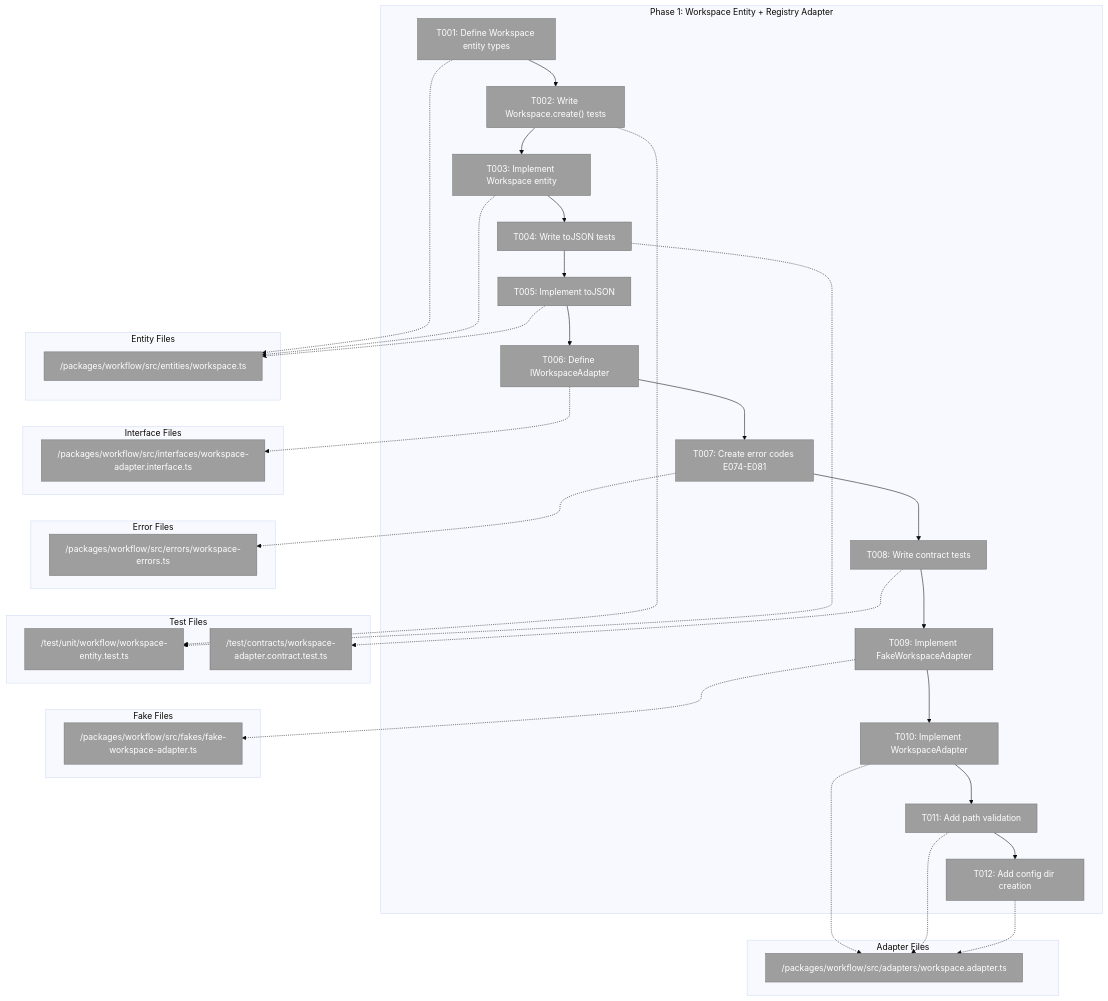
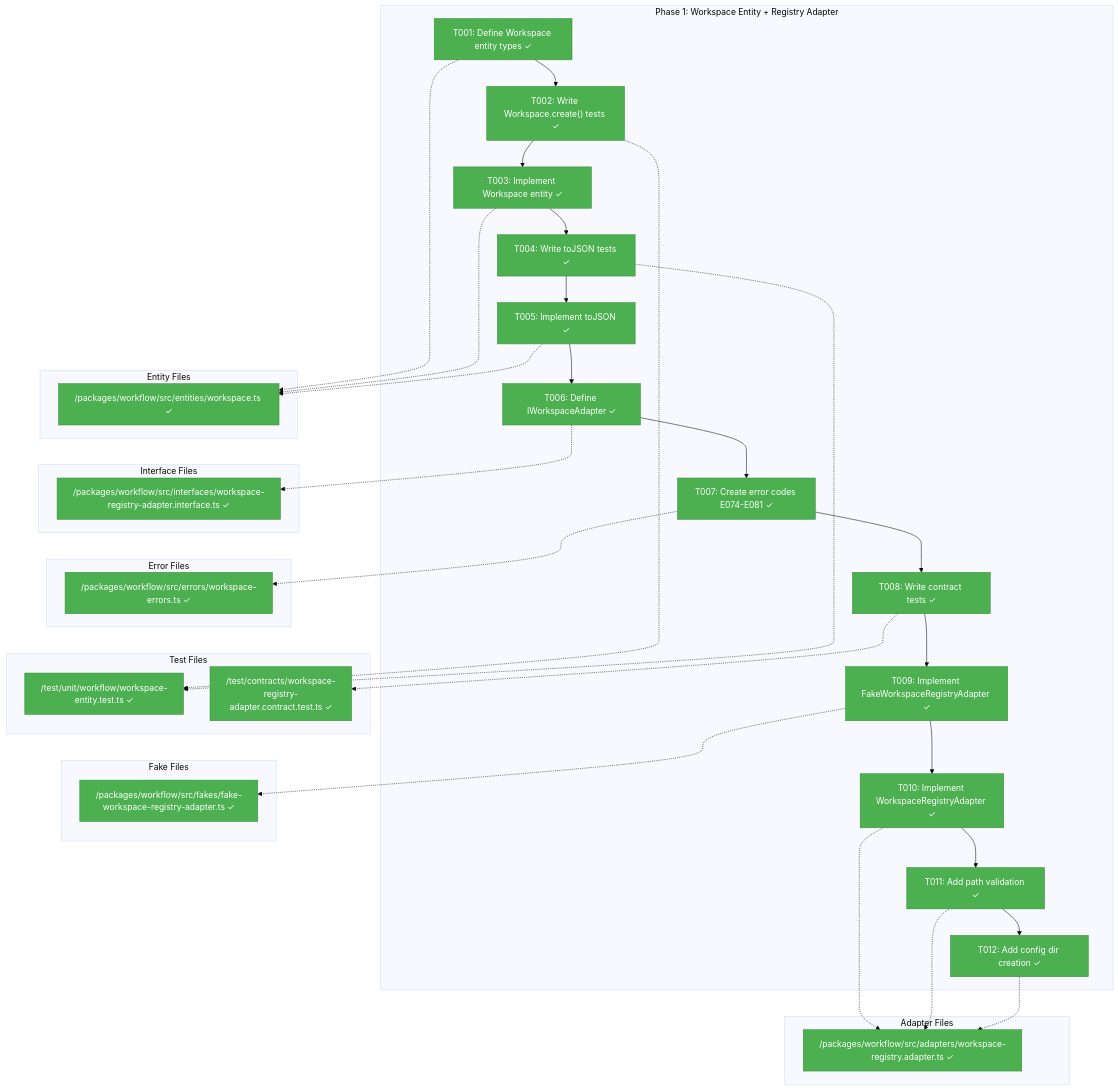
The first of 3 diagrams in docs/plans/014-workspaces/tasks/phase-1-workspace-entity-registry-adapter-contract-tests/tasks.md (AI-Substrate/chainglass), drawn with Mermaid (base theme) before and after one commit. The commit also changed other lines of this file and 18 other files, not shown here.

First line of the commit message:
feat(workspace): Implement Phase 1 - Workspace Entity + Registry Adapter

````diff
--- a/docs/plans/014-workspaces/tasks/phase-1-workspace-entity-registry-adapter-contract-tests/tasks.md
+++ b/docs/plans/014-workspaces/tasks/phase-1-workspace-entity-registry-adapter-contract-tests/tasks.md
@@ -81,72 +81,72 @@
 ```mermaid
 flowchart TD
     classDef pending fill:#9E9E9E,stroke:#757575,color:#fff
     classDef inprogress fill:#FF9800,stroke:#F57C00,color:#fff
     classDef completed fill:#4CAF50,stroke:#388E3C,color:#fff
     classDef blocked fill:#F44336,stroke:#D32F2F,color:#fff
 
     subgraph Phase1["Phase 1: Workspace Entity + Registry Adapter"]
-        T001["T001: Define Workspace entity types"]:::pending
-        T002["T002: Write Workspace.create() tests"]:::pending
-        T003["T003: Implement Workspace entity"]:::pending
-        T004["T004: Write toJSON tests"]:::pending
-        T005["T005: Implement toJSON"]:::pending
-        T006["T006: Define IWorkspaceAdapter"]:::pending
-        T007["T007: Create error codes E074-E081"]:::pending
-        T008["T008: Write contract tests"]:::pending
-        T009["T009: Implement FakeWorkspaceAdapter"]:::pending
-        T010["T010: Implement WorkspaceAdapter"]:::pending
-        T011["T011: Add path validation"]:::pending
-        T012["T012: Add config dir creation"]:::pending
+        T001["T001: Define Workspace entity types ✓"]:::completed
+        T002["T002: Write Workspace.create() tests ✓"]:::completed
+        T003["T003: Implement Workspace entity ✓"]:::completed
+        T004["T004: Write toJSON tests ✓"]:::completed
+        T005["T005: Implement toJSON ✓"]:::completed
+        T006["T006: Define IWorkspaceAdapter ✓"]:::completed
+        T007["T007: Create error codes E074-E081 ✓"]:::completed
+        T008["T008: Write contract tests ✓"]:::completed
+        T009["T009: Implement FakeWorkspaceRegistryAdapter ✓"]:::completed
+        T010["T010: Implement WorkspaceRegistryAdapter ✓"]:::completed
+        T011["T011: Add path validation ✓"]:::completed
+        T012["T012: Add config dir creation ✓"]:::completed
 
         T001 --> T002
         T002 --> T003
         T003 --> T004
         T004 --> T005
         T005 --> T006
         T006 --> T007
         T007 --> T008
         T008 --> T009
         T009 --> T010
         T010 --> T011
         T011 --> T012
     end
 
     subgraph Entities["Entity Files"]
-        E1["/packages/workflow/src/entities/workspace.ts"]:::pending
+        E1["/packages/workflow/src/entities/workspace.ts ✓"]:::completed
     end
 
     subgraph Interfaces["Interface Files"]
-        I1["/packages/workflow/src/interfaces/workspace-adapter.interface.ts"]:::pending
+        I1["/packages/workflow/src/interfaces/workspace-registry-adapter.interface.ts ✓"]:::completed
     end
 
     subgraph Errors["Error Files"]
-        ER1["/packages/workflow/src/errors/workspace-errors.ts"]:::pending
+        ER1["/packages/workflow/src/errors/workspace-errors.ts ✓"]:::completed
     end
 
     subgraph Fakes["Fake Files"]
-        F1["/packages/workflow/src/fakes/fake-workspace-adapter.ts"]:::pending
+        F1["/packages/workflow/src/fakes/fake-workspace-registry-adapter.ts ✓"]:::completed
     end
 
     subgraph Adapters["Adapter Files"]
-        A1["/packages/workflow/src/adapters/workspace.adapter.ts"]:::pending
+        A1["/packages/workflow/src/adapters/workspace-registry.adapter.ts ✓"]:::completed
     end
 
     subgraph Tests["Test Files"]
-        TE1["/test/unit/workflow/workspace-entity.test.ts"]:::pending
-        TE2["/test/contracts/workspace-adapter.contract.test.ts"]:::pending
+        TE1["/test/unit/workflow/workspace-entity.test.ts ✓"]:::completed
+        TE2["/test/contracts/workspace-registry-adapter.contract.test.ts ✓"]:::completed
     end
 
     T001 -.-> E1
     T002 -.-> TE1
     T003 -.-> E1
     T004 -.-> TE1
     T005 -.-> E1
     T006 -.-> I1
     T007 -.-> ER1
     T008 -.-> TE2
     T009 -.-> F1
     T010 -.-> A1
     T011 -.-> A1
     T012 -.-> A1
 ```
````
